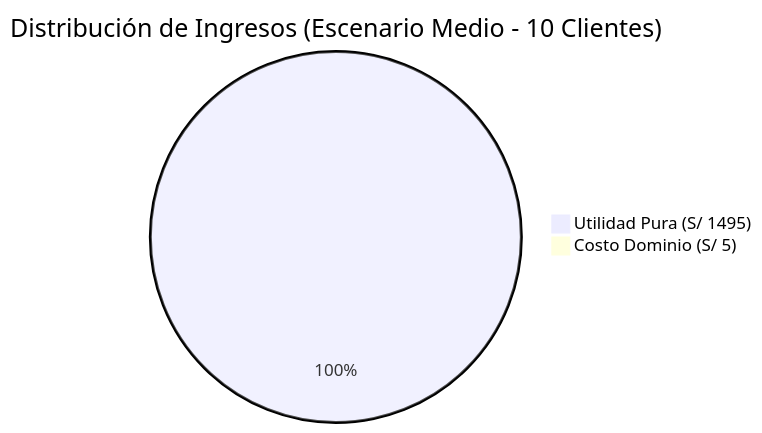
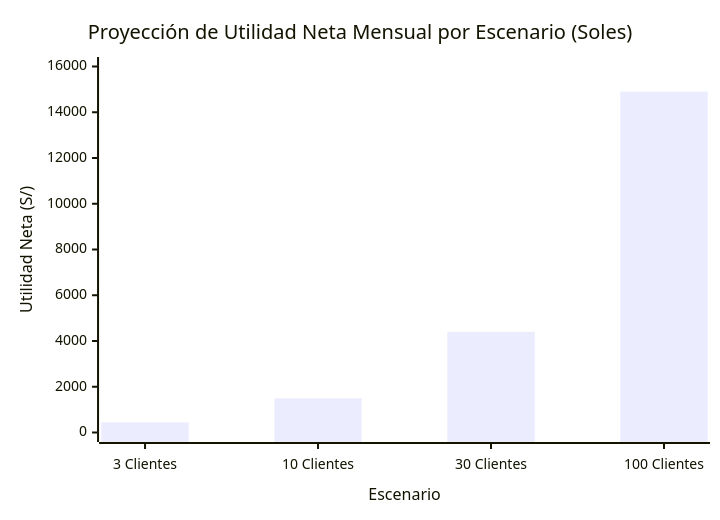
One commit to redentor159/sistema-erp-inventario changed the first of 6 diagrams in docs/17_ANALISIS_NEGOCIO_SAAS.md. Above: the diagram before and after it, drawn with Mermaid. The commit also changed other lines of this file and 3 other files, not shown here.

Commit message:
docs: refactorizar analisis de negocio y guia de migracion SaaS con diagramas Mermaid y tablas de alta densidad

````diff
--- a/docs/17_ANALISIS_NEGOCIO_SAAS.md
+++ b/docs/17_ANALISIS_NEGOCIO_SAAS.md
@@ -26,5 +41,8 @@
 ```mermaid
-pie title Distribución de Ingresos (Escenario Medio - 10 Clientes)
-    "Utilidad Pura (S/ 1495)" : 99.6
-    "Costo Dominio (S/ 5)" : 0.4
+%%{init: {'theme': 'default'}}%%
+xychart-beta
+    title "Proyección de Utilidad Neta Mensual por Escenario (Soles)"
+    x-axis "Escenario" ["3 Clientes", "10 Clientes", "30 Clientes", "100 Clientes"]
+    y-axis "Utilidad Neta (S/)" 0 --> 16000
+    bar [445, 1495, 4400, 14900]
 ```
````
